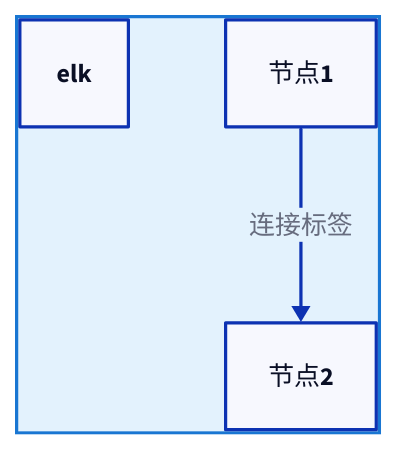
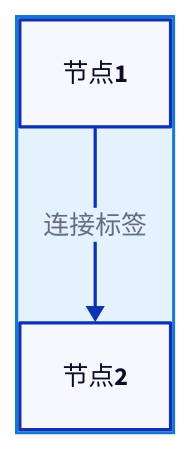
The first of 5 diagrams in skills/han-d2-diagram/workflows/step-02-write-code.md (ruleizhou/han-skills), drawn with D2 before and after one commit. The commit also changed other lines of this file and 13 other files, not shown here.

First line of the commit message:
fix(d2): 修正 layout:elk 渲染成节点 bug + dagre→elk 规范统一

````diff
--- a/skills/han-d2-diagram/workflows/step-02-write-code.md
+++ b/skills/han-d2-diagram/workflows/step-02-write-code.md
@@ -21,19 +21,18 @@
 ```d2
-# 1. 布局引擎与方向
-layout: elk         # 正交折线（skill 唯一引擎）
+# 1. 方向（布局引擎由编译命令 -l elk 指定；源里切勿写 layout:elk，否则会被当成节点渲染出 "ELK"）
 direction: down     # 流程图/状态机用 down，架构图用 right
 
 # 2. 全局样式（可选）
 style: {
   fill: "#E3F2FD"
   stroke: "#1976D2"
   stroke-width: 2
 }
 
 # 3. 定义节点
 node1: 节点1
 node2: 节点2
 
 # 4. 定义连接
 node1 -> node2: 连接标签
 ```
````
